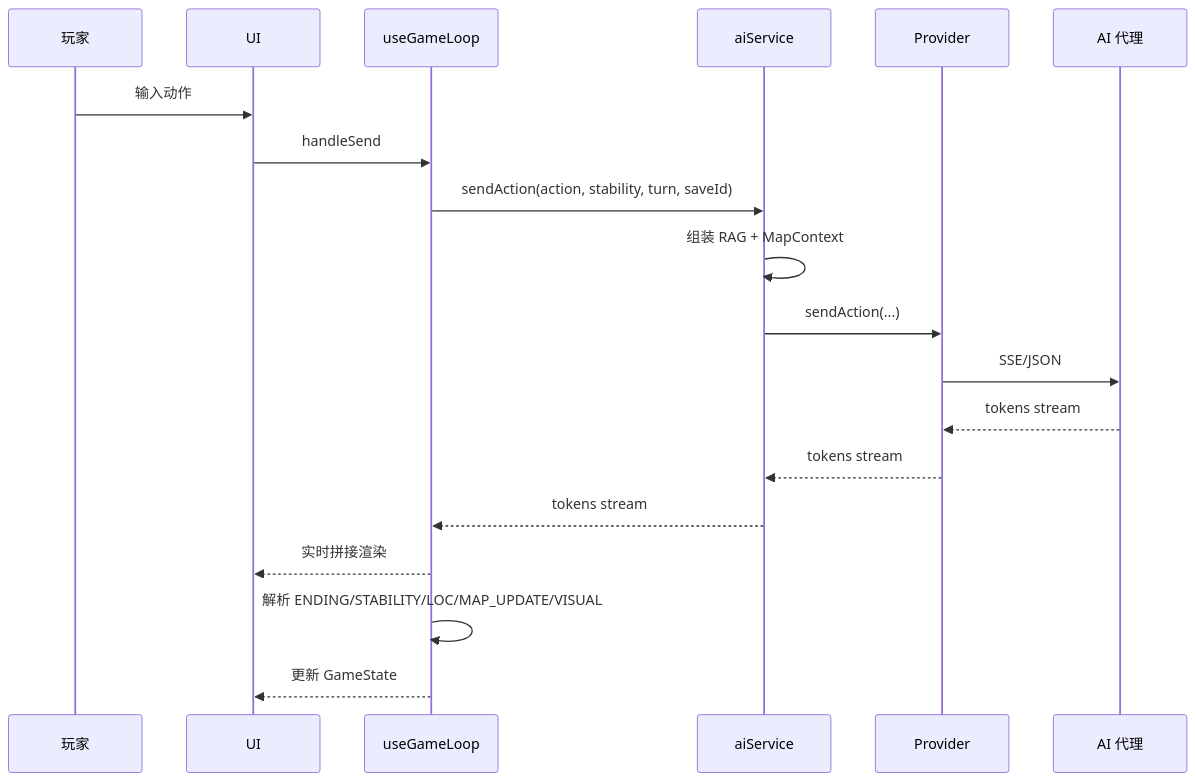
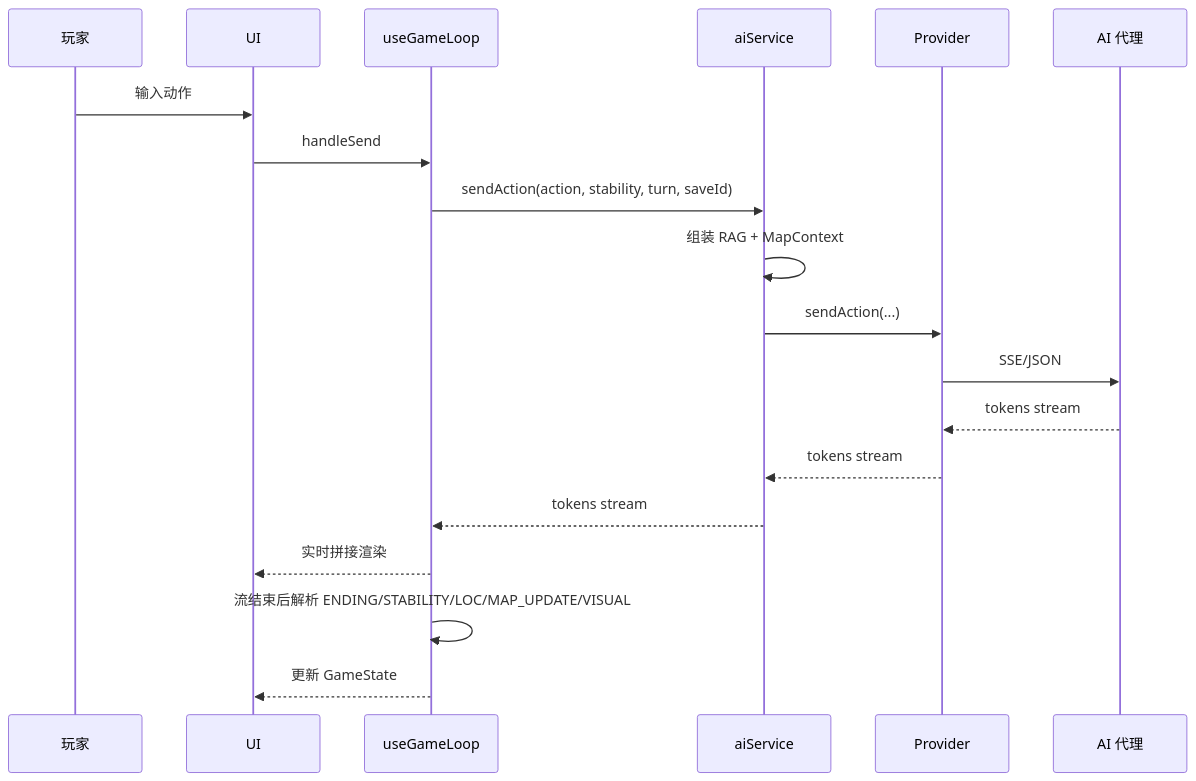
Before and after one commit to renewboy/SCP-Entry-Loom-of-Fate: the second of 3 diagrams in ARCHITECTURE.md, drawn with Mermaid. The commit also changed other lines of this file and 1 other file, not shown here.

````diff
--- a/ARCHITECTURE.md
+++ b/ARCHITECTURE.md
@@ -38,22 +38,22 @@
 ```mermaid
 sequenceDiagram
   participant Player as 玩家
   participant UI as UI
   participant GameLoop as useGameLoop
   participant AI as aiService
   participant Provider as Provider
   participant Backend as AI 代理
 
   Player->>UI: 输入动作
   UI->>GameLoop: handleSend
   GameLoop->>AI: sendAction(action, stability, turn, saveId)
   AI->>AI: 组装 RAG + MapContext
   AI->>Provider: sendAction(...)
   Provider->>Backend: SSE/JSON
   Backend-->>Provider: tokens stream
   Provider-->>AI: tokens stream
   AI-->>GameLoop: tokens stream
   GameLoop-->>UI: 实时拼接渲染
-  GameLoop->>GameLoop: 解析 ENDING/STABILITY/LOC/MAP_UPDATE/VISUAL
+  GameLoop->>GameLoop: 流结束后解析 ENDING/STABILITY/LOC/MAP_UPDATE/VISUAL
   GameLoop-->>UI: 更新 GameState
 ```
````
